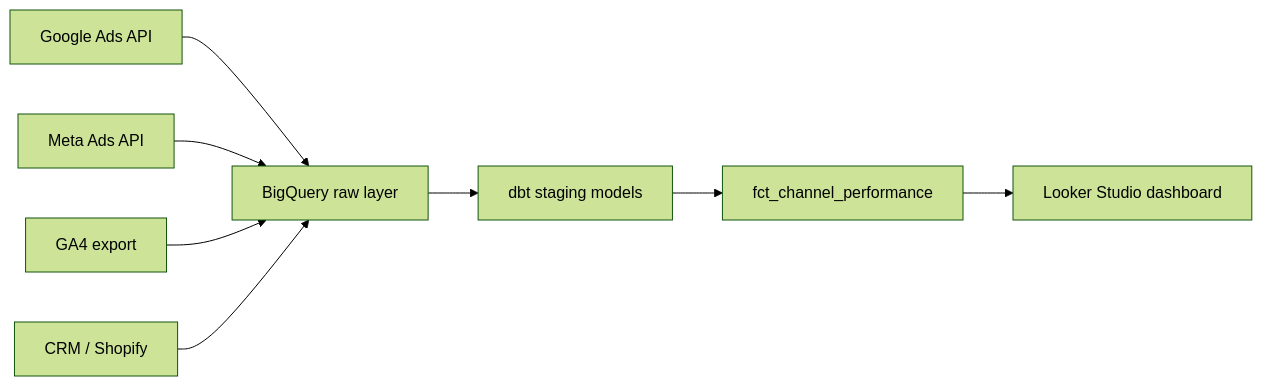
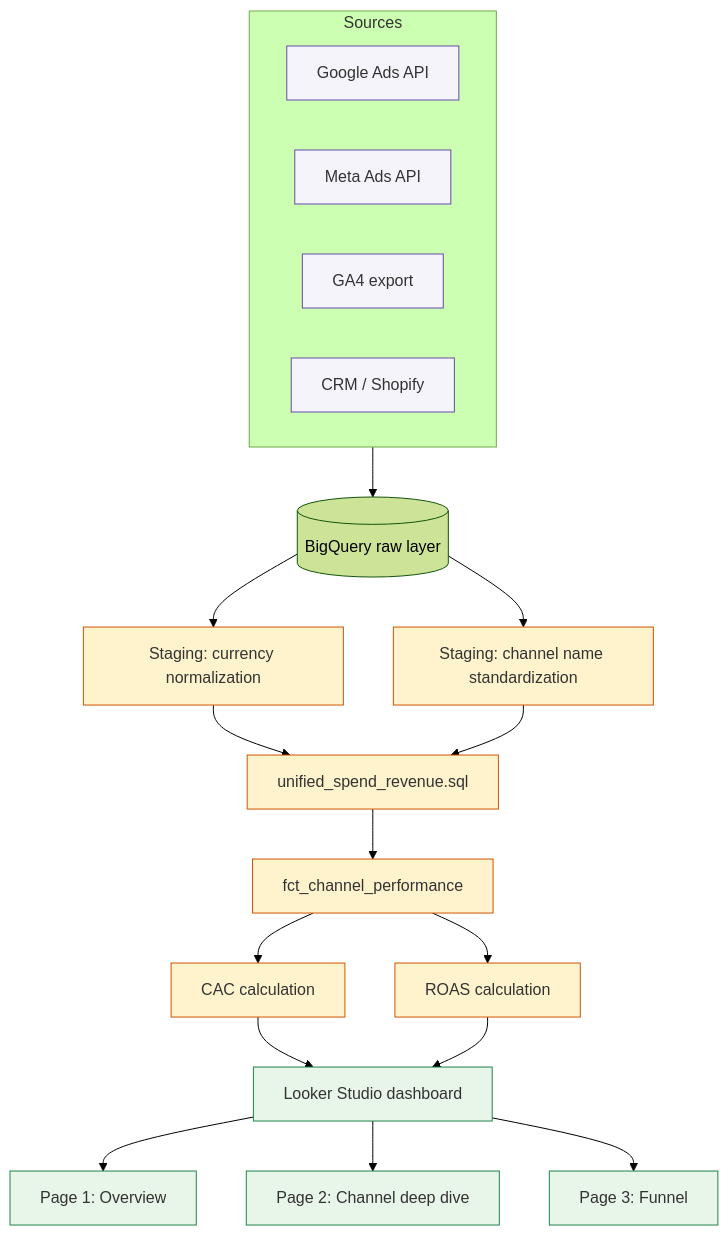
The diagram in README.md (iizmotabar/marketing-dashboard-toolkit), drawn with Mermaid (forest theme) before and after one commit. The commit also changed other lines of this file, not shown here.

Commit message:
Expand README with more detail and richer architecture diagram

````diff
--- a/README.md
+++ b/README.md
@@ -11,10 +11,35 @@
 ```mermaid
-flowchart LR
-    A[Google Ads API] --> D[BigQuery raw layer]
-    B[Meta Ads API] --> D
-    C[GA4 export] --> D
-    E[CRM / Shopify] --> D
-    D --> F[dbt staging models]
-    F --> G[fct_channel_performance]
-    G --> H[Looker Studio dashboard]
+flowchart TD
+    subgraph Sources
+        A1[Google Ads API]
+        A2[Meta Ads API]
+        A3[GA4 export]
+        A4[CRM / Shopify]
+    end
+
+    Sources --> R[(BigQuery raw layer)]
+
+    R --> S1[Staging: currency normalization]
+    R --> S2[Staging: channel name standardization]
+    S1 --> J[unified_spend_revenue.sql]
+    S2 --> J
+
+    J --> M[fct_channel_performance]
+    M --> C1[CAC calculation]
+    M --> C2[ROAS calculation]
+
+    C1 --> D[Looker Studio dashboard]
+    C2 --> D
+
+    D --> P1[Page 1: Overview]
+    D --> P2[Page 2: Channel deep dive]
+    D --> P3[Page 3: Funnel]
+
+    classDef source fill:#F5F4FA,stroke:#644aab,color:#333
+    classDef transform fill:#fff3cd,stroke:#d35400,color:#333
+    classDef output fill:#e8f5e9,stroke:#1e8449,color:#333
+    class A1,A2,A3,A4 source
+    class S1,S2,J transform
+    class M,C1,C2 transform
+    class D,P1,P2,P3 output
 ```
````
